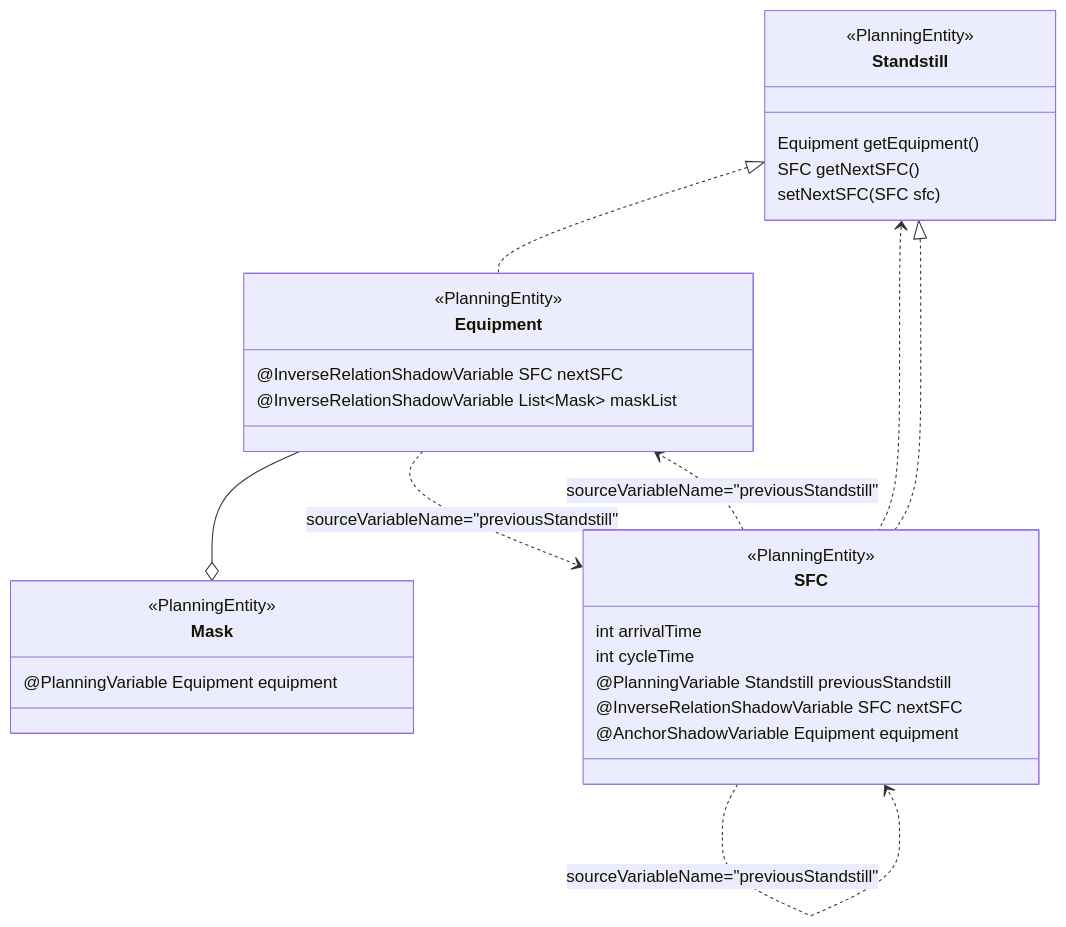
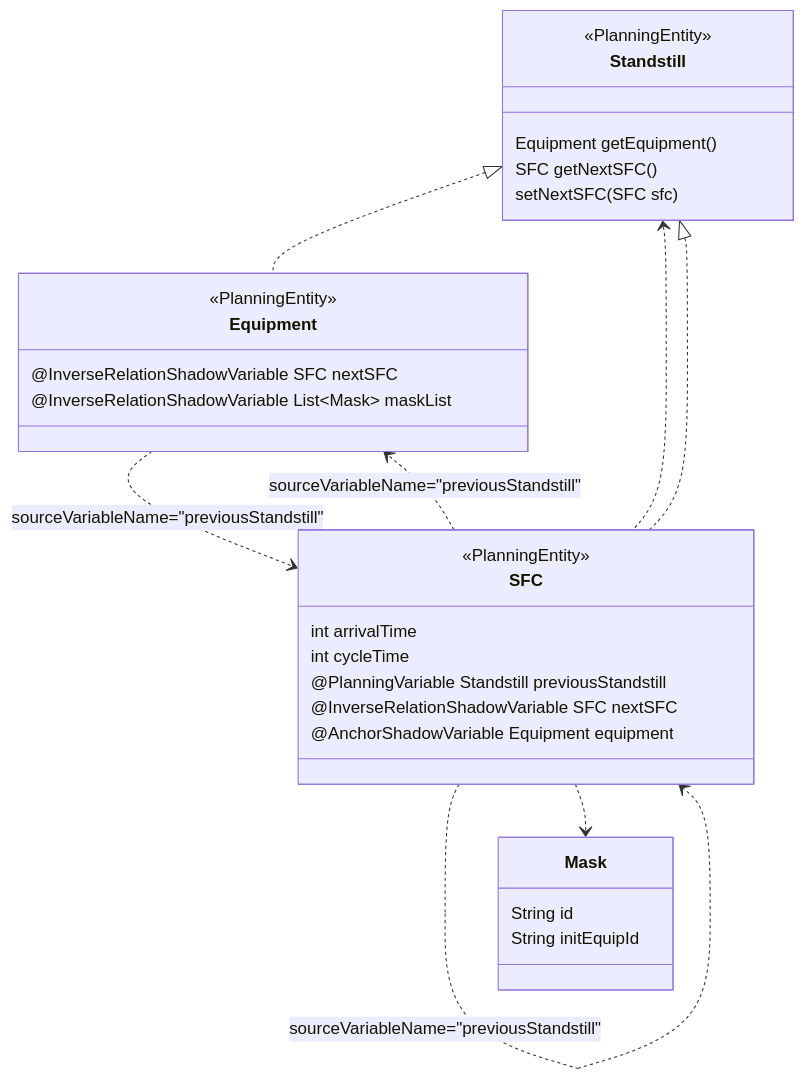
The sixth of 6 diagrams in opta_study.md (gazer2kanlin/my-study), drawn with Mermaid before and after one commit. The commit also changed 3 other files, not shown here.

````diff
--- a/opta_study.md
+++ b/opta_study.md
@@ -136,30 +136,30 @@
 ```mermaid
 classDiagram
 Standstill <|.. Equipment
 Standstill <.. SFC
-Equipment --o Mask
 SFC ..|> Standstill
 SFC ..> Equipment : sourceVariableName="previousStandstill"
 SFC ..> SFC : sourceVariableName="previousStandstill"
 Equipment ..> SFC : sourceVariableName="previousStandstill"
+SFC ..> Mask
 
 <<PlanningEntity>> SFC
 <<PlanningEntity>> Standstill
 <<PlanningEntity>> Equipment
-<<PlanningEntity>> Mask
 
 Standstill: Equipment getEquipment()
 Standstill: SFC getNextSFC()
 Standstill: setNextSFC(SFC sfc)
 
 SFC: int arrivalTime
 SFC: int cycleTime
 SFC: @PlanningVariable Standstill previousStandstill
 SFC: @InverseRelationShadowVariable SFC nextSFC
 SFC: @AnchorShadowVariable Equipment equipment
 
-Mask: @PlanningVariable Equipment equipment
+Mask: String id
+Mask: String initEquipId
 
 Equipment: @InverseRelationShadowVariable SFC nextSFC
 Equipment: @InverseRelationShadowVariable List~Mask~ maskList
 ```
````
